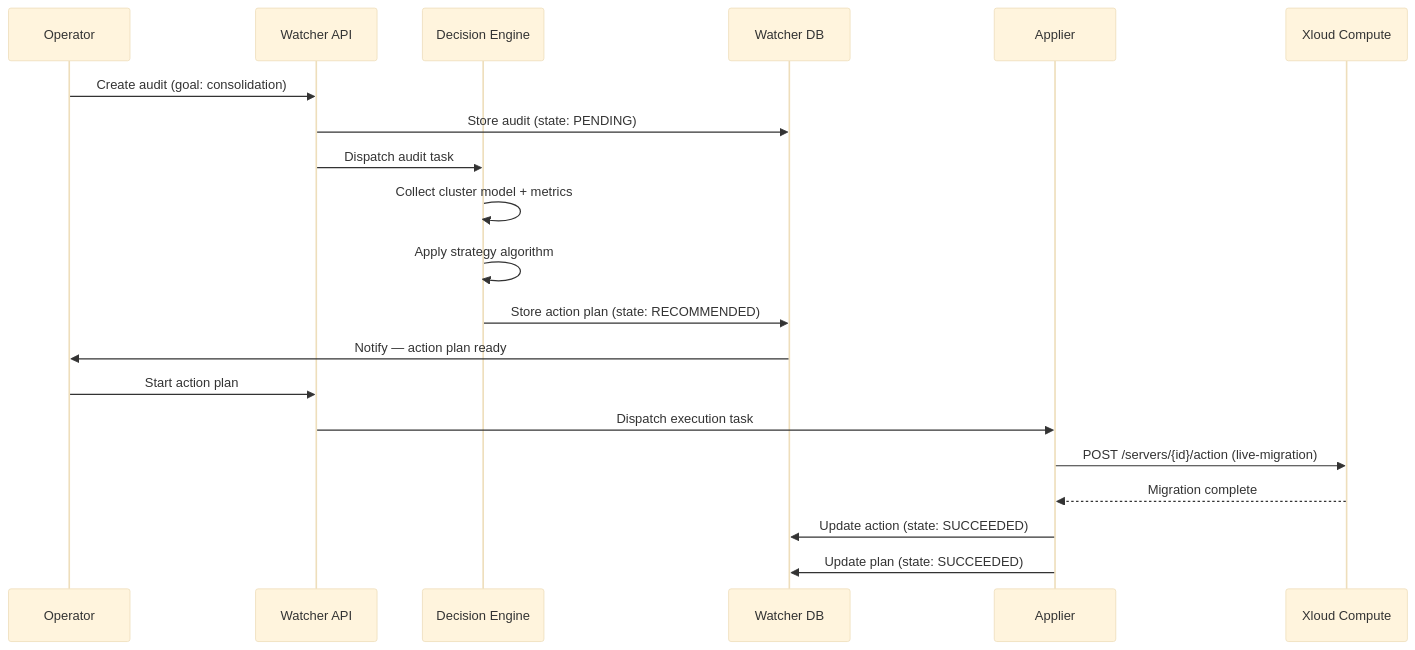
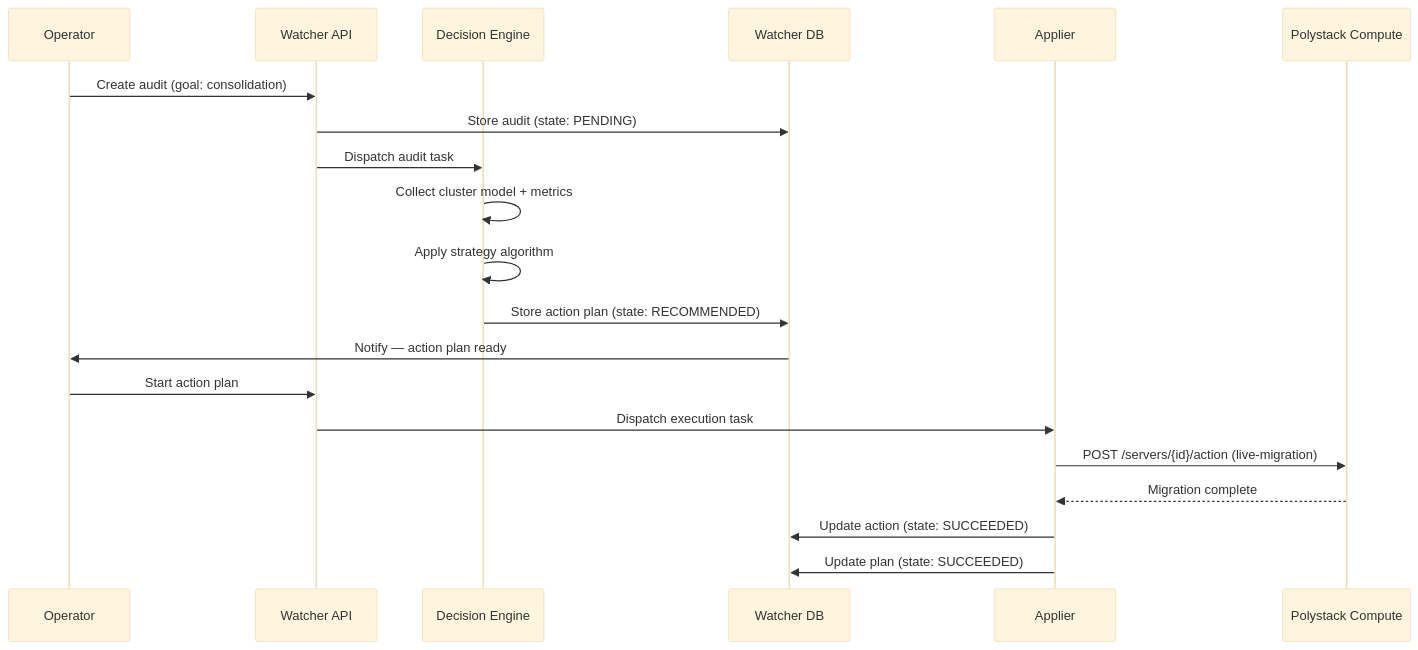
The second of 2 diagrams in services/optimization/admin-guide/architecture.mdx (ankur-kumar87/docs-polystack), drawn with Mermaid (base theme) before and after one commit. The commit also changed other lines of this file and 425 other files, not shown here.

````diff
--- a/services/optimization/admin-guide/architecture.mdx
+++ b/services/optimization/admin-guide/architecture.mdx
@@ -114,23 +114,23 @@
 ```mermaid
 sequenceDiagram
     participant OP as Operator
     participant API as Watcher API
     participant DE as Decision Engine
     participant DB as Watcher DB
     participant APP as Applier
-    participant NOVA as Xloud Compute
+    participant NOVA as Polystack Compute
 
     OP->>API: Create audit (goal: consolidation)
     API->>DB: Store audit (state: PENDING)
     API->>DE: Dispatch audit task
     DE->>DE: Collect cluster model + metrics
     DE->>DE: Apply strategy algorithm
     DE->>DB: Store action plan (state: RECOMMENDED)
     DB->>OP: Notify — action plan ready
     OP->>API: Start action plan
     API->>APP: Dispatch execution task
     APP->>NOVA: POST /servers/{id}/action (live-migration)
     NOVA-->>APP: Migration complete
     APP->>DB: Update action (state: SUCCEEDED)
     APP->>DB: Update plan (state: SUCCEEDED)
 ```
````
